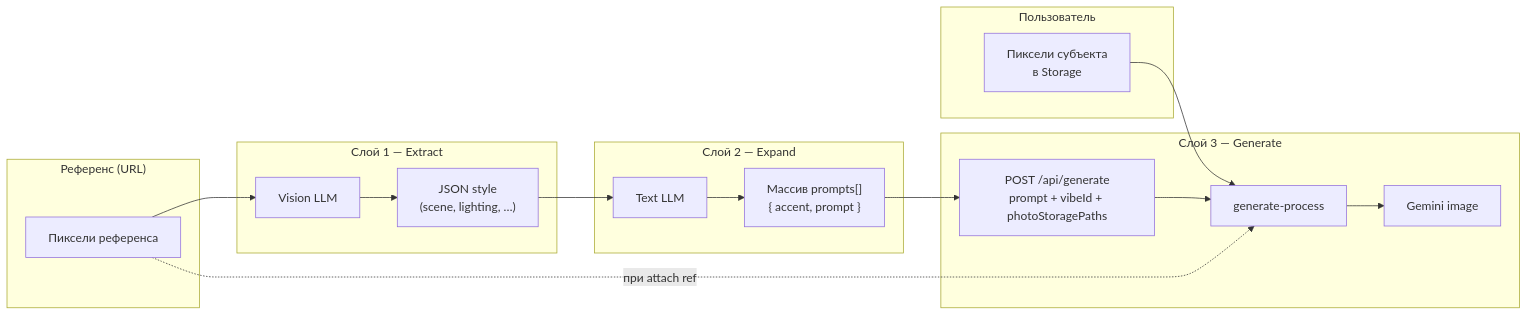
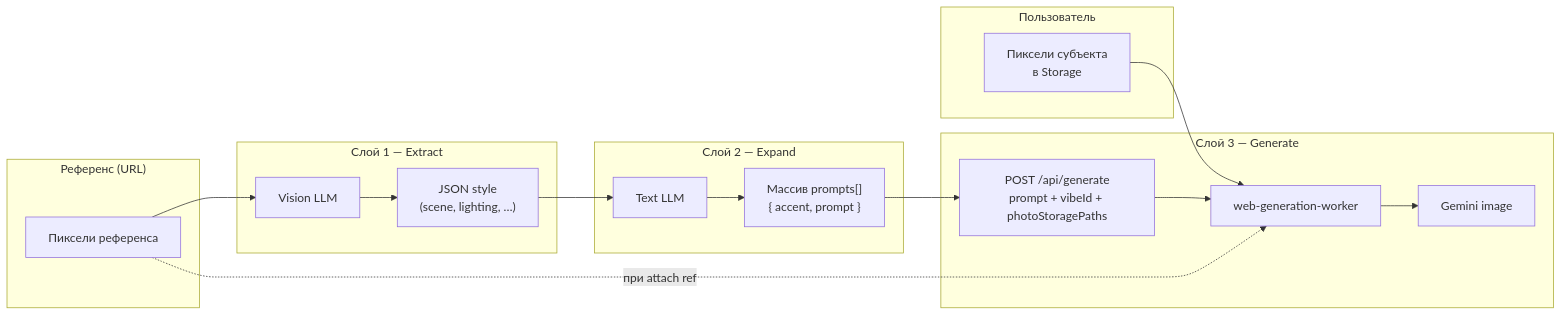
One commit to mazarov/aiphoto changed the first of 3 diagrams in docs/22-03-stv-single-generation-flow.md. Above: the diagram before and after it, drawn with Mermaid. The commit also changed other lines of this file and 31 other files, not shown here.

````diff
--- a/docs/22-03-stv-single-generation-flow.md
+++ b/docs/22-03-stv-single-generation-flow.md
@@ -27,32 +27,32 @@
 ```mermaid
 flowchart LR
   subgraph ref["Референс (URL)"]
     R[Пиксели референса]
   end
 
   subgraph L1["Слой 1 — Extract"]
     V[Vision LLM]
     J["JSON style\n(scene, lighting, …)"]
     R --> V --> J
   end
 
   subgraph L2["Слой 2 — Expand"]
     T[Text LLM]
     P["Массив prompts[]\n{ accent, prompt }"]
     J --> T --> P
   end
 
   subgraph L3["Слой 3 — Generate"]
     API["POST /api/generate\nprompt + vibeId + photoStoragePaths"]
-    GP["generate-process"]
+    GP["web-generation-worker"]
     G[Gemini image]
     P --> API --> GP --> G
   end
 
   subgraph user["Пользователь"]
     U[Пиксели субъекта\nв Storage]
   end
 
   U --> GP
   R -.->|"при attach ref"| GP
 ```
````
